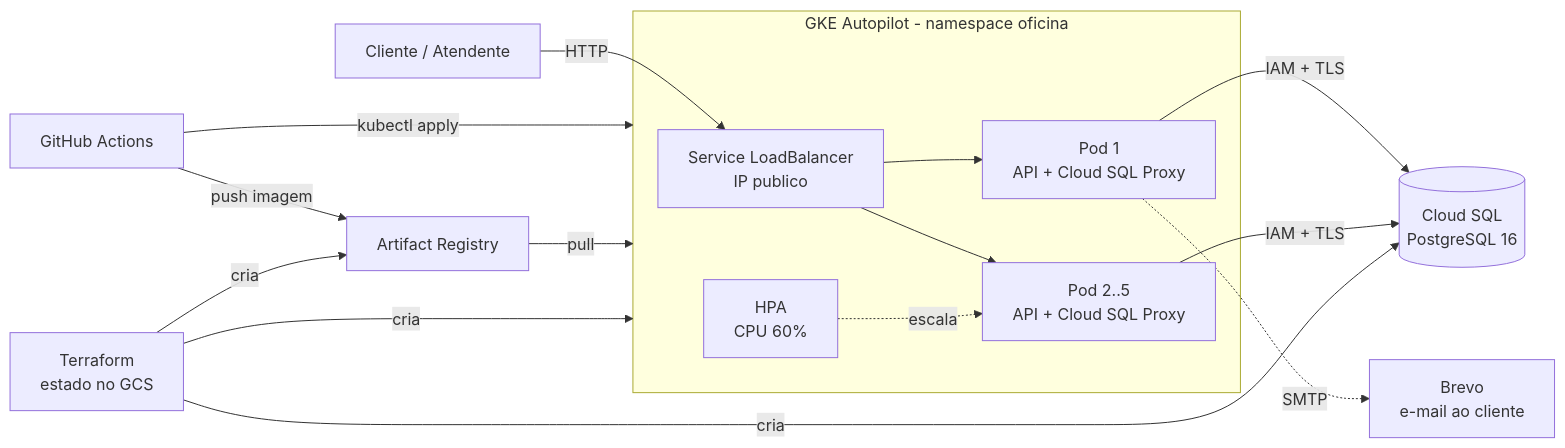
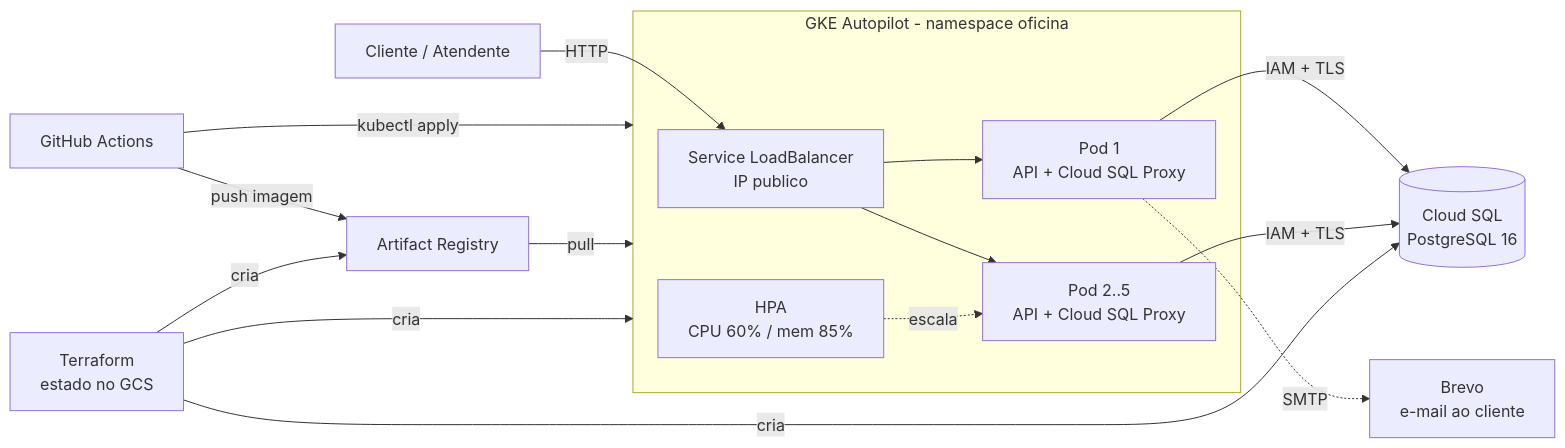
The first of 2 diagrams in README.md (Tech-Challenge-Pos-SOAT/oficina-mecanica-api), drawn with Mermaid before and after one commit. The commit also changed other lines of this file and 10 other files, not shown here.

First line of the commit message:
docs,k8s: banco no fluxo de deploy, HPA por CPU e memoria, novo diagrama e prova de ordenacao

````diff
--- a/README.md
+++ b/README.md
@@ -147,18 +147,18 @@
 ```mermaid
 flowchart LR
     U[Cliente / Atendente] -->|HTTP| LB[Service LoadBalancer<br/>IP publico]
     subgraph GKE[GKE Autopilot - namespace oficina]
         LB --> P1[Pod 1<br/>API + Cloud SQL Proxy]
         LB --> P2[Pod 2..5<br/>API + Cloud SQL Proxy]
-        HPA[HPA<br/>CPU 60%] -.escala.-> P2
+        HPA[HPA<br/>CPU 60% / mem 85%] -.escala.-> P2
     end
     P1 -->|IAM + TLS| SQL[(Cloud SQL<br/>PostgreSQL 16)]
     P2 -->|IAM + TLS| SQL
     P1 -.SMTP.-> BR[Brevo<br/>e-mail ao cliente]
     GH[GitHub Actions] -->|push imagem| AR[Artifact Registry]
     GH -->|kubectl apply| GKE
     AR -->|pull| GKE
     TF[Terraform<br/>estado no GCS] -->|cria| GKE
     TF -->|cria| SQL
     TF -->|cria| AR
 ```
````
